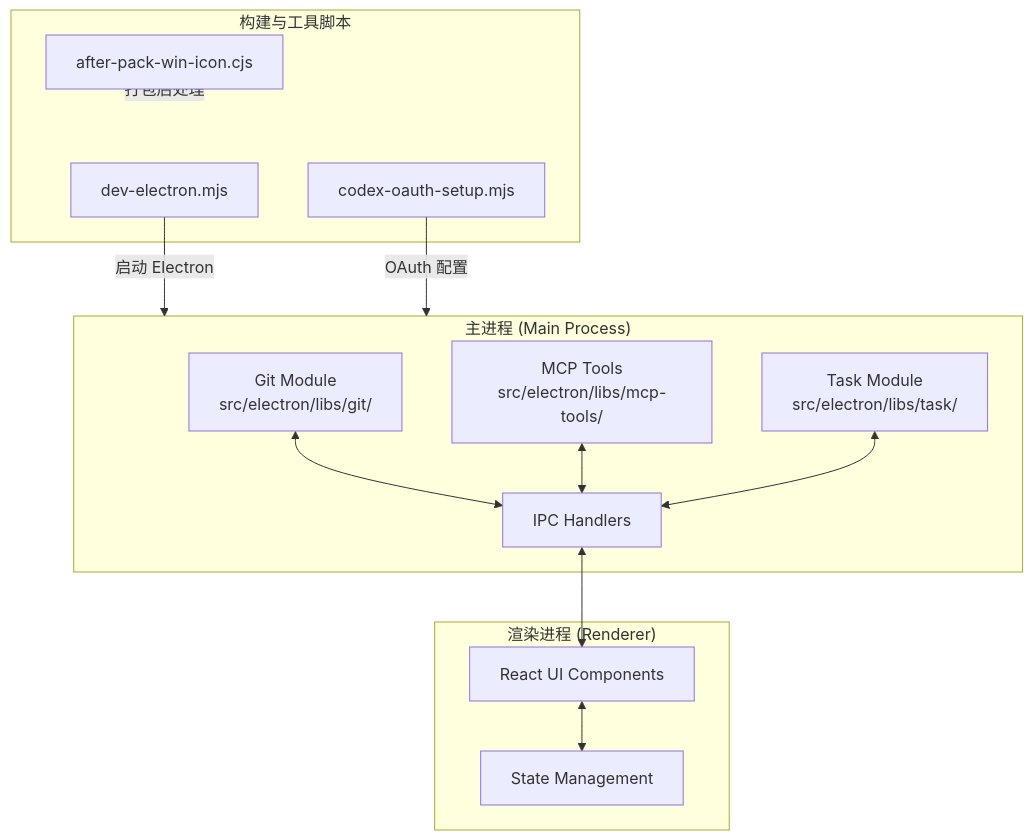
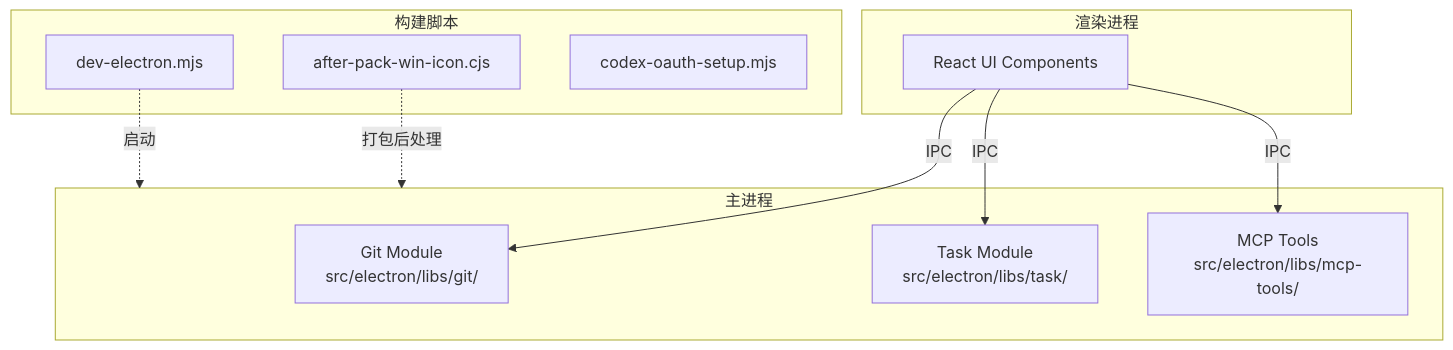
Before and after one commit to lst016/tech-cc-hub: the first of 5 diagrams in .tech/repowiki/zh/content/核心模块规格/核心模块规格.md, drawn with Mermaid. The commit also changed other lines of this file and 176 other files, not shown here.

````diff
--- a/.tech/repowiki/zh/content/核心模块规格/核心模块规格.md
+++ b/.tech/repowiki/zh/content/核心模块规格/核心模块规格.md
@@ -47,30 +36,24 @@
 ```mermaid
-flowchart TB
-    subgraph Main["主进程 (Main Process)"]
-        G[Git Module<br/>src/electron/libs/git/]
-        M[MCP Tools<br/>src/electron/libs/mcp-tools/]
-        T[Task Module<br/>src/electron/libs/task/]
-        I[IPC Handlers]
+flowchart TD
+    subgraph MainProcess["主进程"]
+        Git[Git Module<br/>src/electron/libs/git/]
+        Task[Task Module<br/>src/electron/libs/task/]
+        MCP[MCP Tools<br/>src/electron/libs/mcp-tools/]
     end
-    
-    subgraph Renderer["渲染进程 (Renderer)"]
+
+    subgraph Renderer["渲染进程"]
         UI[React UI Components]
-        SM[State Management]
     end
-    
-    subgraph Scripts["构建与工具脚本"]
+
+    subgraph Scripts["构建脚本"]
         DEV[dev-electron.mjs]
+        PACK[after-pack-win-icon.cjs]
         OAUTH[codex-oauth-setup.mjs]
-        PACK[after-pack-win-icon.cjs]
     end
-    
-    G <--> I
-    M <--> I
-    T <--> I
-    UI <--> SM
-    I <--> UI
-    
-    DEV --> |启动 Electron| Main
-    OAUTH --> |OAuth 配置| Main
-    PACK --> |打包后处理| Scripts
+
+    UI -->|IPC| Git
+    UI -->|IPC| Task
+    UI -->|IPC| MCP
+    DEV -.->|启动| MainProcess
+    PACK -.->|打包后处理| MainProcess
 ```
````
